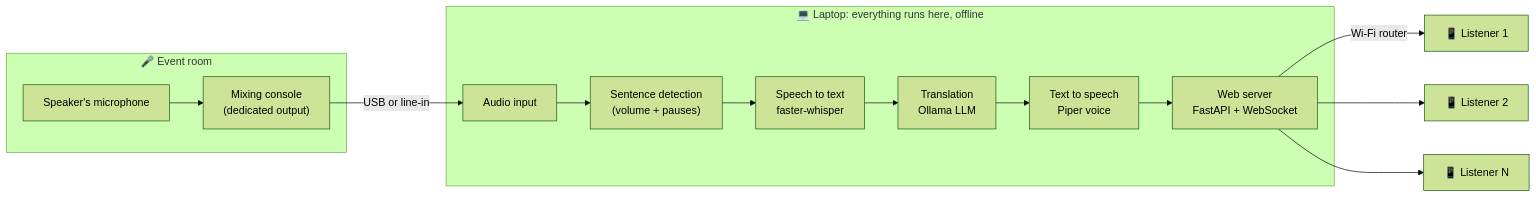
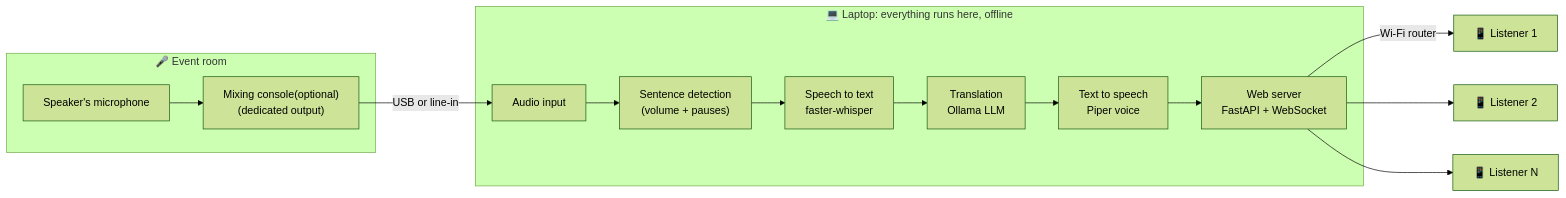
The first of 4 diagrams in README.md (ikenna-oluigbo/live-speech-translator), drawn with Mermaid (forest theme) before and after one commit. The commit also changed other lines of this file, not shown here.

````diff
--- a/README.md
+++ b/README.md
@@ -81,19 +81,19 @@
 ```mermaid
 flowchart LR
     subgraph Room["🎤 Event room"]
-        MIC["Speaker's microphone"] --> MIX["Mixing console<br/>(dedicated output)"]
+        MIC["Speaker's microphone"] --> MIX["Mixing console(optional)<br/>(dedicated output)"]
     end
 
     subgraph Laptop["💻 Laptop: everything runs here, offline"]
         IN["Audio input"] --> SEG["Sentence detection<br/>(volume + pauses)"]
         SEG --> STT["Speech to text<br/>faster-whisper"]
         STT --> TR["Translation<br/>Ollama LLM"]
         TR --> TTS["Text to speech<br/>Piper voice"]
         TTS --> WS["Web server<br/>FastAPI + WebSocket"]
     end
 
     MIX -->|"USB or line-in"| IN
     WS -->|"Wi-Fi router"| P1["📱 Listener 1"]
     WS --> P2["📱 Listener 2"]
     WS --> P3["📱 Listener N"]
 ```
````
